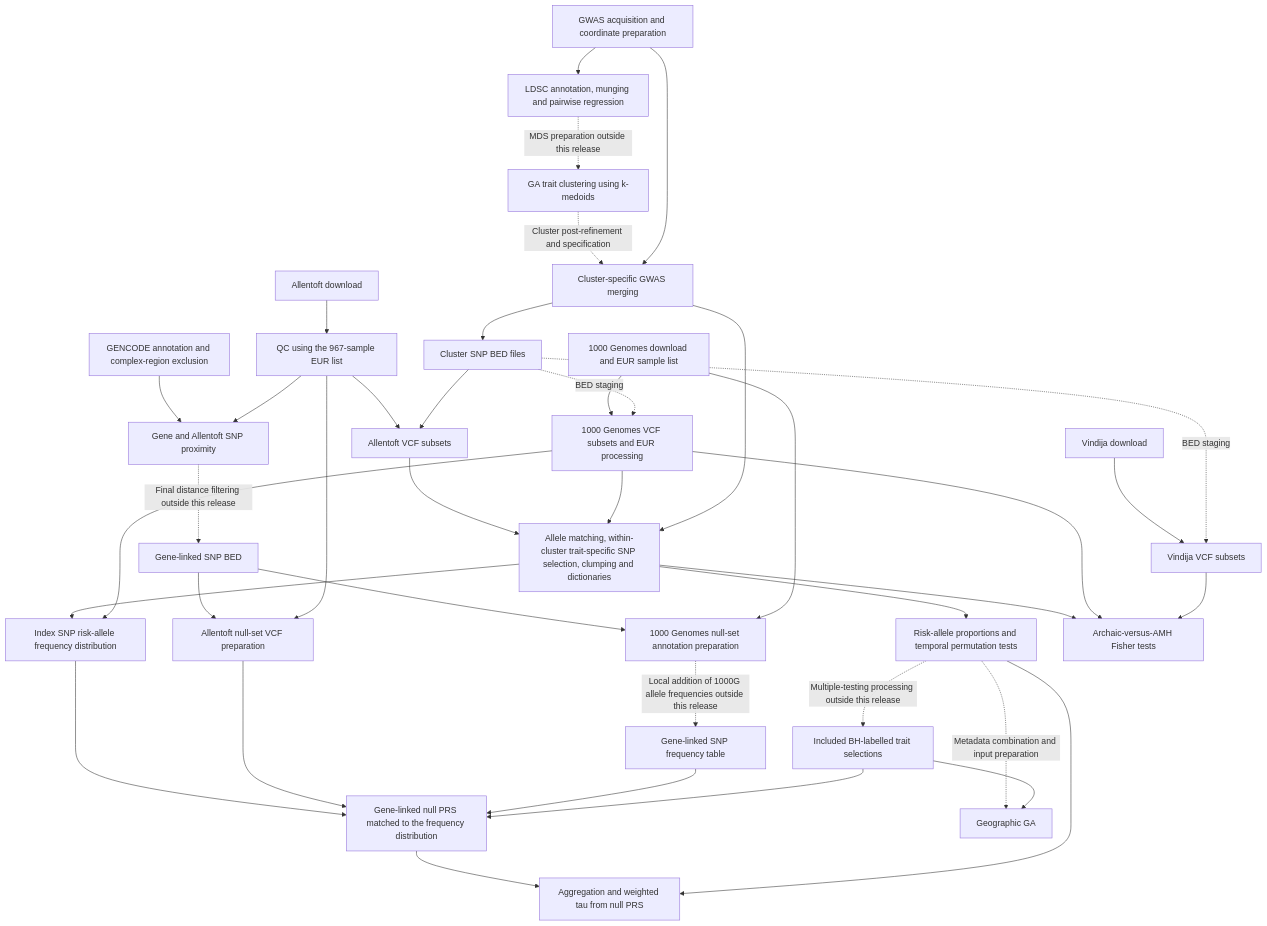
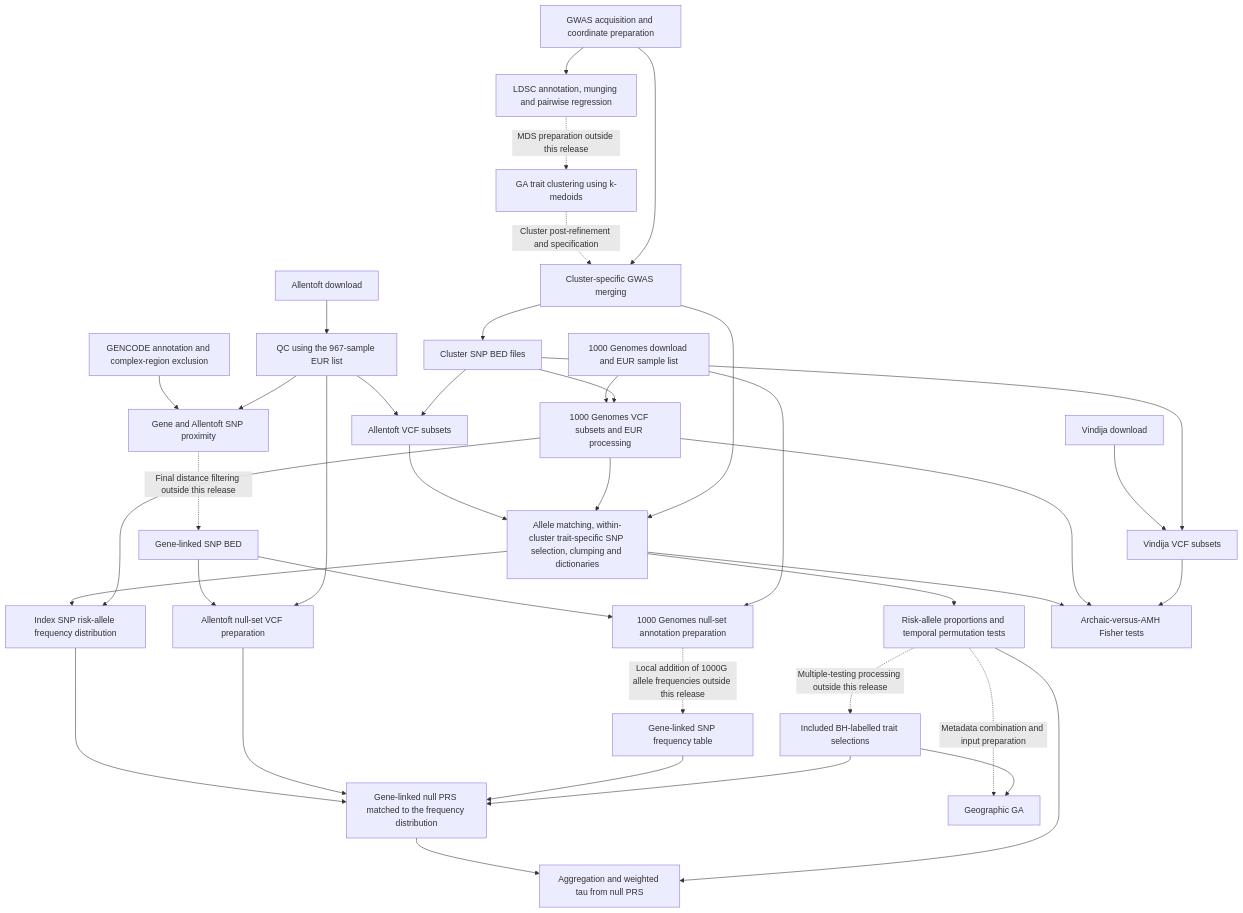
One commit to ccsbio/dietary-endophenotype-evolution changed the diagram in README.md. Above: the diagram before and after it, drawn with Mermaid. The commit also changed other lines of this file and 18 other files, not shown here.

````diff
--- a/README.md
+++ b/README.md
@@ -71,41 +71,41 @@
 ```mermaid
 flowchart TD
     GWAS[GWAS acquisition and coordinate preparation] --> LDSC[LDSC annotation, munging and pairwise regression]
     LDSC -. MDS preparation outside this release .-> GA[GA trait clustering using k-medoids]
     GA -. Cluster post-refinement and specification .-> MERGE[Cluster-specific GWAS merging]
     GWAS --> MERGE
     MERGE --> BED[Cluster SNP BED files]
     RAWA[Allentoft download] --> QC[QC using the 967-sample EUR list]
     QC --> ADNA
     RAWK[1000 Genomes download and EUR sample list] --> KG
     RAWV[Vindija download] --> VIND
     BED --> ADNA[Allentoft VCF subsets]
-    BED -. BED staging .-> KG[1000 Genomes VCF subsets and EUR processing]
-    BED -. BED staging .-> VIND[Vindija VCF subsets]
+    BED --> KG[1000 Genomes VCF subsets and EUR processing]
+    BED --> VIND[Vindija VCF subsets]
     ADNA --> ASC[Allele matching, within-cluster trait-specific SNP selection, clumping and dictionaries]
     KG --> ASC
     MERGE --> ASC
     ASC --> TEMP[Risk-allele proportions and temporal permutation tests]
     TEMP -. Multiple-testing processing outside this release .-> SEL[Included BH-labelled trait selections]
     ASC --> AF[Index SNP risk-allele frequency distribution]
     KG --> AF
     AF --> NULL[Gene-linked null PRS matched to the frequency distribution]
     ANNO[GENCODE annotation and complex-region exclusion] --> NEAR[Gene and Allentoft SNP proximity]
     QC --> NEAR
     NEAR -. Final distance filtering outside this release .-> NSET[Gene-linked SNP BED]
     NSET --> NVCF[Allentoft null-set VCF preparation]
     QC --> NVCF
     NSET --> KANNO[1000 Genomes null-set annotation preparation]
     RAWK --> KANNO
     KANNO -. Local addition of 1000G allele frequencies outside this release .-> NAF[Gene-linked SNP frequency table]
     NVCF --> NULL
     NAF --> NULL
     SEL --> NULL
     NULL --> NTAU[Aggregation and weighted tau from null PRS]
     TEMP --> NTAU
     TEMP -. Metadata combination and input preparation .-> GEO[Geographic GA]
     SEL --> GEO
     ASC --> ARCH[Archaic-versus-AMH Fisher tests]
     KG --> ARCH
     VIND --> ARCH
 ```
````
